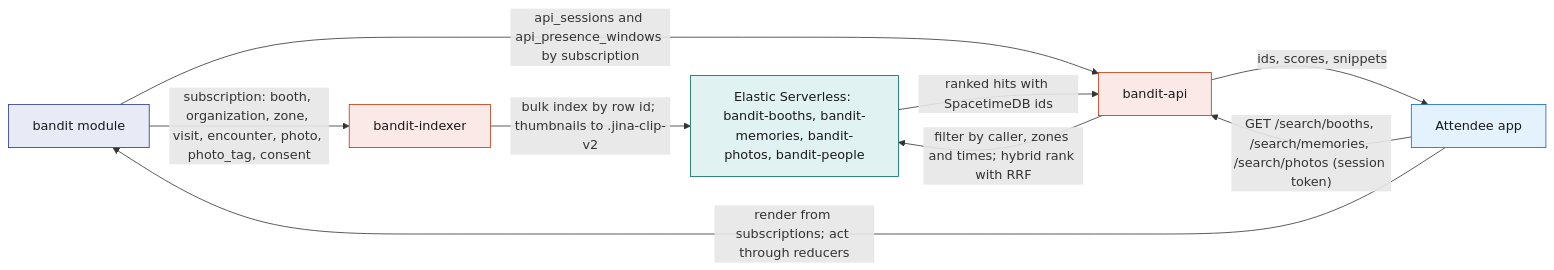
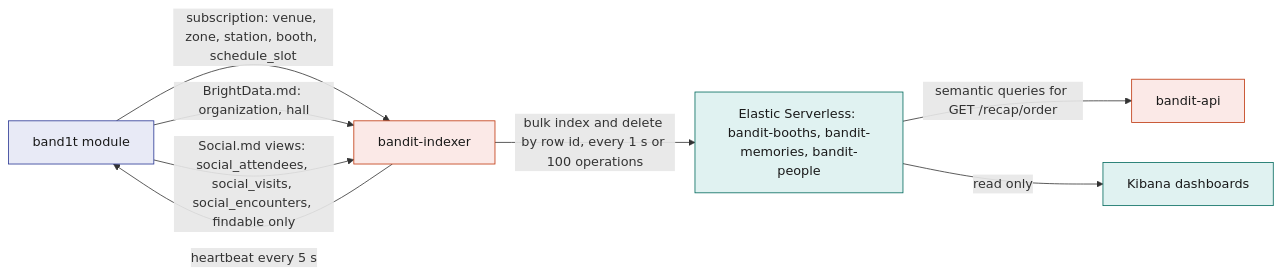
One commit to viktorinkov/cal-hacks-13 changed the third of 5 diagrams in System Design/7-integrations/Elastic.md. Above: the diagram before and after it, drawn with Mermaid. The commit also changed other lines of this file and 21 other files, not shown here.

````diff
--- a/System Design/7-integrations/Elastic.md
+++ b/System Design/7-integrations/Elastic.md
@@ -186,19 +175,16 @@
 ```mermaid
 flowchart LR
-  STDB["bandit module"] -->|"subscription: booth, organization, zone, visit, encounter, photo, photo_tag, consent"| IDX["bandit-indexer"]
-  IDX -->|"bulk index by row id; thumbnails to .jina-clip-v2"| ES["Elastic Serverless: bandit-booths, bandit-memories, bandit-photos, bandit-people"]
-  APP["Attendee app"] -->|"GET /search/booths, /search/memories, /search/photos (session token)"| API["bandit-api"]
-  STDB -->|"api_sessions and api_presence_windows by subscription"| API
-  API -->|"filter by caller, zones and times; hybrid rank with RRF"| ES
-  ES -->|"ranked hits with SpacetimeDB ids"| API
-  API -->|"ids, scores, snippets"| APP
-  APP -->|"render from subscriptions; act through reducers"| STDB
+  STDB["band1t module"] -->|"subscription: venue, zone, station, booth, schedule_slot"| IDX["bandit-indexer"]
+  STDB -->|"BrightData.md: organization, hall"| IDX
+  STDB -->|"Social.md views: social_attendees, social_visits, social_encounters, findable only"| IDX
+  IDX -->|"bulk index and delete by row id, every 1 s or 100 operations"| ES["Elastic Serverless: bandit-booths, bandit-memories, bandit-people"]
+  IDX -->|"heartbeat every 5 s"| STDB
+  ES -->|"semantic queries for GET /recap/order"| API["bandit-api"]
+  ES -->|"read only"| KIB["Kibana dashboards"]
   classDef rust fill:#FBE9E7,stroke:#BF360C,color:#1A1A1A
   classDef stdb fill:#E8EAF6,stroke:#283593,color:#1A1A1A
-  classDef web fill:#E3F2FD,stroke:#1565C0,color:#1A1A1A
   classDef ext fill:#E0F2F1,stroke:#00695C,color:#1A1A1A
   class IDX,API rust
   class STDB stdb
-  class APP web
-  class ES ext
+  class ES,KIB ext
 ```
````
